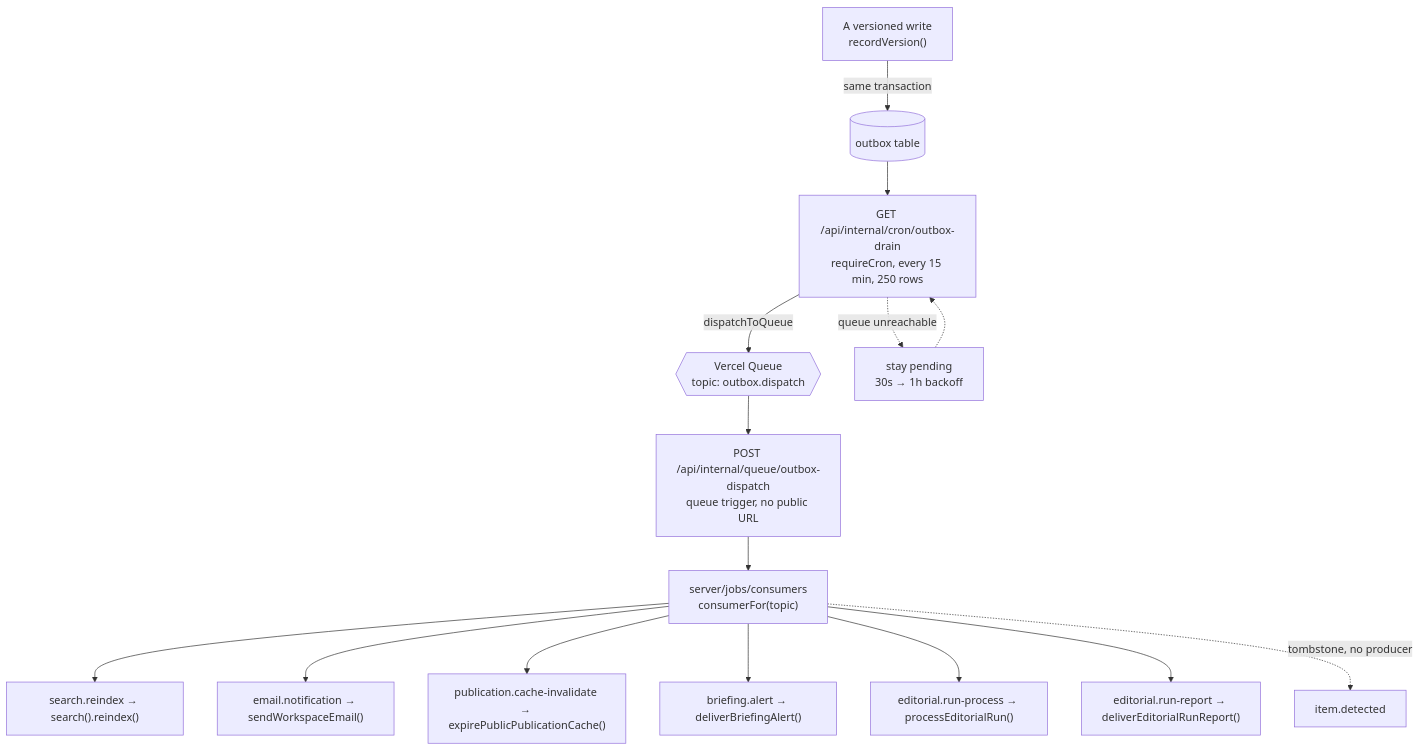
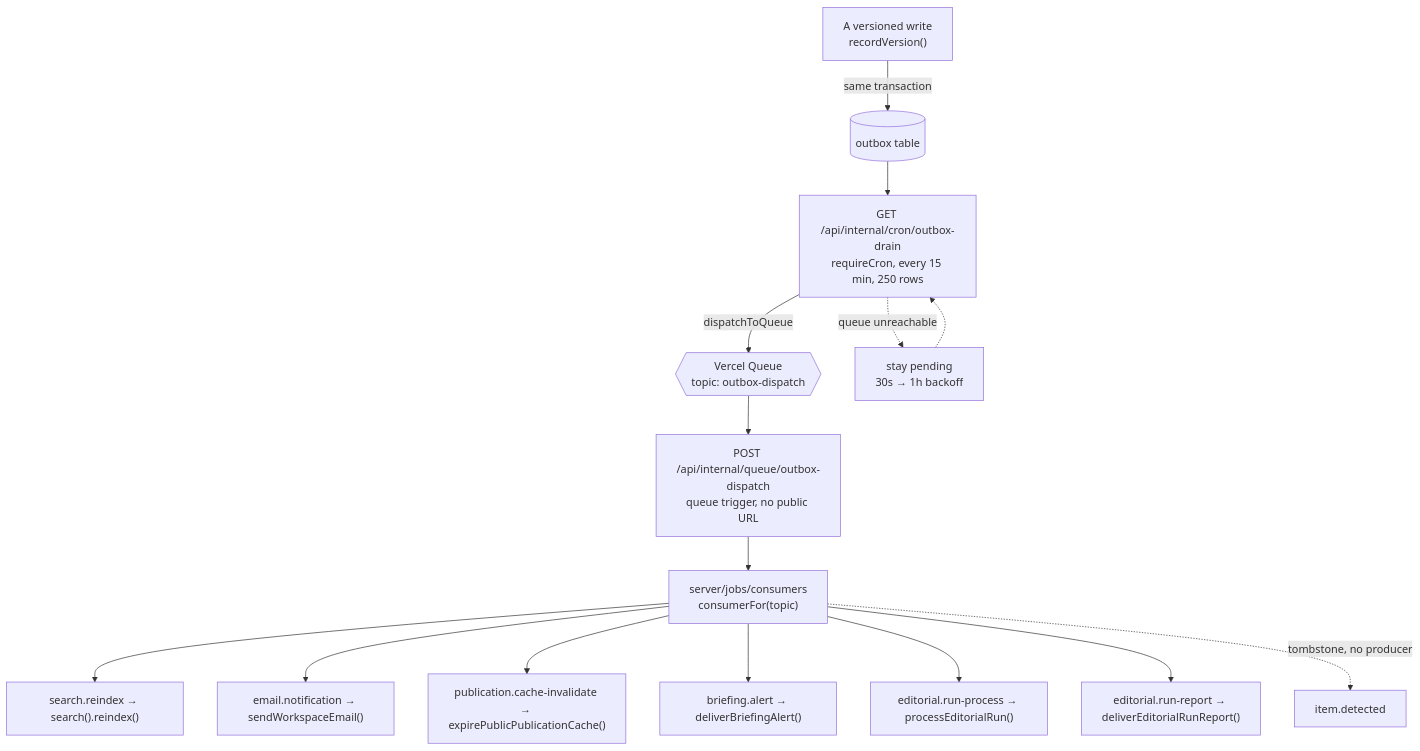
Before and after one commit to lions-admin/lions-of-zion: the third of 6 diagrams in docs/architecture.md, drawn with Mermaid. The commit also changed other lines of this file and 22 other files, not shown here.

````diff
--- a/docs/architecture.md
+++ b/docs/architecture.md
@@ -203,19 +203,19 @@
 ```mermaid
 flowchart TB
     W["A versioned write<br/>recordVersion()"] -->|"same transaction"| OB[("outbox table")]
 
     OB --> Drain["GET /api/internal/cron/outbox-drain<br/>requireCron, every 15 min, 250 rows"]
-    Drain -->|"dispatchToQueue"| Q{{"Vercel Queue<br/>topic: outbox.dispatch"}}
+    Drain -->|"dispatchToQueue"| Q{{"Vercel Queue<br/>topic: outbox-dispatch"}}
     Q --> Disp["POST /api/internal/queue/outbox-dispatch<br/>queue trigger, no public URL"]
     Disp --> Cons["server/jobs/consumers<br/>consumerFor(topic)"]
     Cons --> Reindex["search.reindex → search().reindex()"]
     Cons --> Email["email.notification → sendWorkspaceEmail()"]
     Cons --> Invalidate["publication.cache-invalidate → expirePublicPublicationCache()"]
     Cons --> Alert["briefing.alert → deliverBriefingAlert()"]
     Cons --> Run["editorial.run-process → processEditorialRun()"]
     Cons --> Report["editorial.run-report → deliverEditorialRunReport()"]
     Cons -.->|"tombstone, no producer"| Detect["item.detected"]
 
     Drain -.->|"queue unreachable"| Backoff["stay pending<br/>30s → 1h backoff"]
     Backoff -.-> Drain
 ```
````
